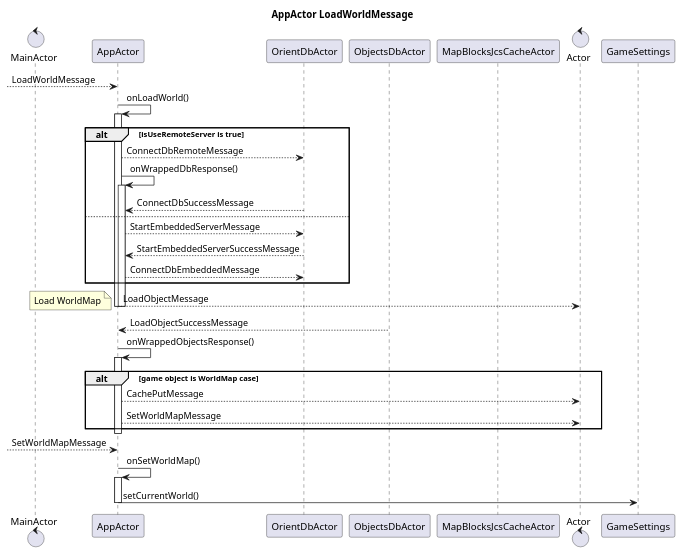
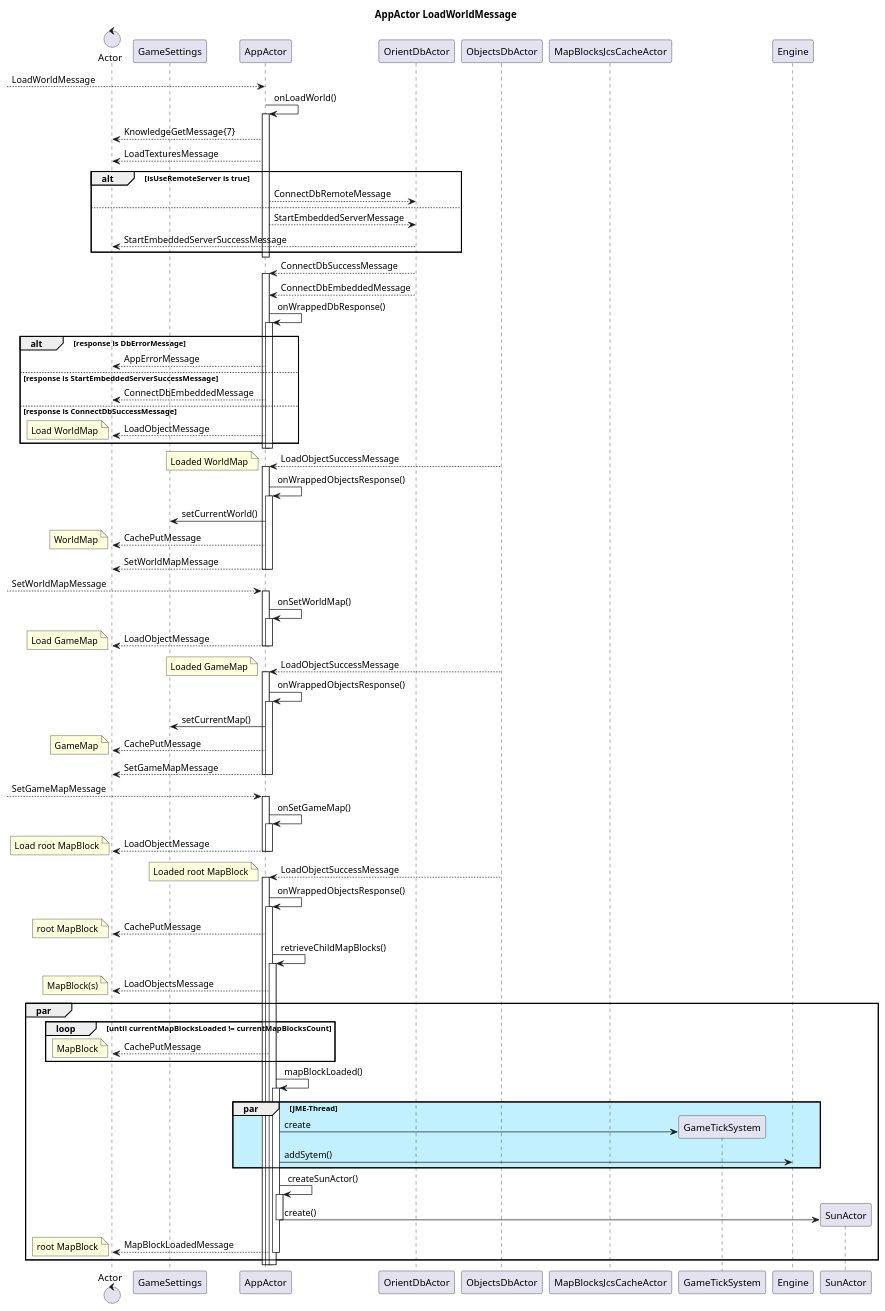
The diagram in dwarfhustle-gamemap-jme/src/main/doc/com/anrisoftware/dwarfhustle/model/db/orientdb/actor/AppActor_LoadWorldMessage.plantuml (devent/dwarfhustle-gamemap), drawn with PlantUML before and after one commit. The commit also changed 14 other files, not shown here.

Commit message:
Add asset cache, load textures at the start

```diff
--- a/dwarfhustle-gamemap-jme/src/main/doc/com/anrisoftware/dwarfhustle/model/db/orientdb/actor/AppActor_LoadWorldMessage.plantuml
+++ b/dwarfhustle-gamemap-jme/src/main/doc/com/anrisoftware/dwarfhustle/model/db/orientdb/actor/AppActor_LoadWorldMessage.plantuml
@@ -1,44 +1,128 @@
 @startuml
 title AppActor LoadWorldMessage
 
-control MainActor as ma
+control Actor
+participant GameSettings
 participant AppActor as ac
 participant OrientDbActor as orientdba
 participant ObjectsDbActor as objectsdba
 participant MapBlocksJcsCacheActor as mbjca
-control Actor
-participant GameSettings
 
 --> ac : LoadWorldMessage
 
 ac -> ac ++ : onLoadWorld()
+    ac --> Actor : KnowledgeGetMessage{7}
+    ac --> Actor : LoadTexturesMessage
+
     alt isUseRemoteServer is true
         ac --> orientdba : ConnectDbRemoteMessage
-        ac -> ac ++ : onWrappedDbResponse()
-        orientdba --> ac : ConnectDbSuccessMessage
     else
         ac --> orientdba : StartEmbeddedServerMessage
-        orientdba --> ac : StartEmbeddedServerSuccessMessage
-        ac --> orientdba : ConnectDbEmbeddedMessage
+        orientdba --> Actor : StartEmbeddedServerSuccessMessage
     end
-    ac --> Actor : LoadObjectMessage
-    note left
-    Load WorldMap
-    end note
     deactivate ac
 deactivate ac
 
-objectsdba --> ac : LoadObjectSuccessMessage
-    ac -> ac ++ : onWrappedObjectsResponse()
-    alt game object is WorldMap case
-    ac --> Actor : CachePutMessage
-    ac --> Actor : SetWorldMapMessage
-    end
+orientdba --> ac ++ : ConnectDbSuccessMessage
+orientdba --> ac : ConnectDbEmbeddedMessage
+    ac -> ac ++ : onWrappedDbResponse()
+        alt response is DbErrorMessage
+            ac --> Actor : AppErrorMessage
+        else response is StartEmbeddedServerSuccessMessage
+            ac --> Actor : ConnectDbEmbeddedMessage
+        else response is ConnectDbSuccessMessage
+            ac --> Actor : LoadObjectMessage
+            note left
+            Load WorldMap
+            end note
+        end
+    deactivate ac
 deactivate ac
 
---> ac : SetWorldMapMessage
-ac -> ac ++ : onSetWorldMap()
-ac -> GameSettings : setCurrentWorld()
+
+objectsdba --> ac ++ : LoadObjectSuccessMessage
+        note left
+        Loaded WorldMap
+        end note
+    ac -> ac ++ : onWrappedObjectsResponse()
+        ac -> GameSettings : setCurrentWorld()
+        ac --> Actor : CachePutMessage
+        note left
+            WorldMap
+        end note
+        ac --> Actor : SetWorldMapMessage
+    deactivate ac
+deactivate ac
+
+--> ac ++ : SetWorldMapMessage
+    ac -> ac ++ : onSetWorldMap()
+        ac --> Actor : LoadObjectMessage
+        note left
+        Load GameMap
+        end note
+    deactivate ac
+deactivate ac
+
+objectsdba --> ac ++ : LoadObjectSuccessMessage
+        note left
+        Loaded GameMap
+        end note
+    ac -> ac ++ : onWrappedObjectsResponse()
+        ac -> GameSettings : setCurrentMap()
+        ac --> Actor : CachePutMessage
+        note left
+            GameMap
+        end note
+        ac --> Actor : SetGameMapMessage
+    deactivate ac
+deactivate ac
+
+--> ac ++ : SetGameMapMessage
+    ac -> ac ++ : onSetGameMap()
+        ac --> Actor : LoadObjectMessage
+        note left
+        Load root MapBlock
+        end note
+    deactivate ac
+deactivate ac
+
+objectsdba --> ac ++ : LoadObjectSuccessMessage
+        note left
+        Loaded root MapBlock
+        end note
+    ac -> ac ++ : onWrappedObjectsResponse()
+        ac --> Actor : CachePutMessage
+        note left
+            root MapBlock
+        end note
+        ac -> ac ++ : retrieveChildMapBlocks()
+            ac --> Actor : LoadObjectsMessage
+            note left
+            MapBlock(s)
+            end note
+            par
+                loop until currentMapBlocksLoaded != currentMapBlocksCount
+                    ac --> Actor : CachePutMessage
+                    note left
+                    MapBlock
+                    end note
+                end
+                ac -> ac ++ : mapBlockLoaded()
+                    par #APPLICATION JME-Thread
+                        ac -> GameTickSystem ** : create
+                        ac -> Engine : addSytem()
+                    end
+                    ac -> ac ++ : createSunActor()
+                        ac -> SunActor ** : create()
+                    deactivate ac
+                    ac --> Actor : MapBlockLoadedMessage
+                    note left
+                    root MapBlock
+                    end note
+                deactivate ac
+            end
+        deactivate ac
+    deactivate ac
 deactivate ac
 
 @enduml
```
